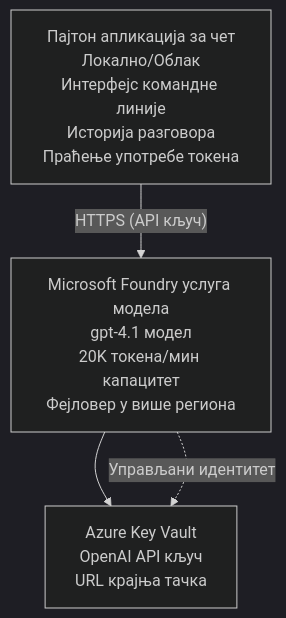
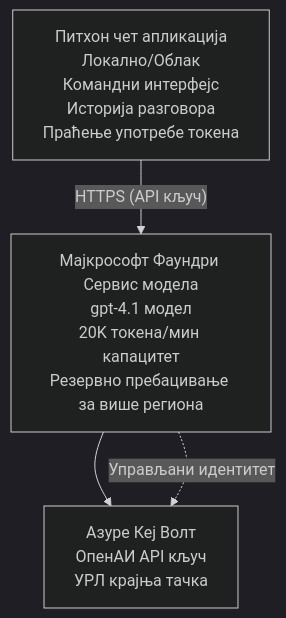
The diagram in translations/sr/examples/azure-openai-chat/README.md (microsoft/AZD-for-beginners), drawn with Mermaid (dark theme) before and after one commit. The commit also changed other lines of this file and 104 other files, not shown here.

````diff
--- a/translations/sr/examples/azure-openai-chat/README.md
+++ b/translations/sr/examples/azure-openai-chat/README.md
@@ -26,6 +26,6 @@
 ```mermaid
 graph TD
-    App[Пајтон апликација за чет<br/>Локално/Облак<br/>Интерфејс командне линије<br/>Историја разговора<br/>Праћење употребе токена] -- "HTTPS (API кључ)" --> Foundry[Microsoft Foundry услуга модела<br/>gpt-4.1 модел<br/>20K токена/мин капацитет<br/>Фејловер у више региона]
-    Foundry --> KV[Azure Key Vault<br/>OpenAI API кључ<br/>URL крајња тачка]
+    App[Питхон чет апликација<br/>Локално/Облак<br/>Командни интерфејс<br/>Историја разговора<br/>Праћење употребе токена] -- "HTTPS (API кључ)" --> Foundry[Мајкрософт Фаундри Сервис модела<br/>gpt-4.1 модел<br/>20K токена/мин капацитет<br/>Резервно пребацивање за више региона]
+    Foundry --> KV[Азуре Кеј Волт<br/>ОпенАИ API кључ<br/>УРЛ крајња тачка]
     Foundry -. Управљани идентитет .-> KV
 ```
````
